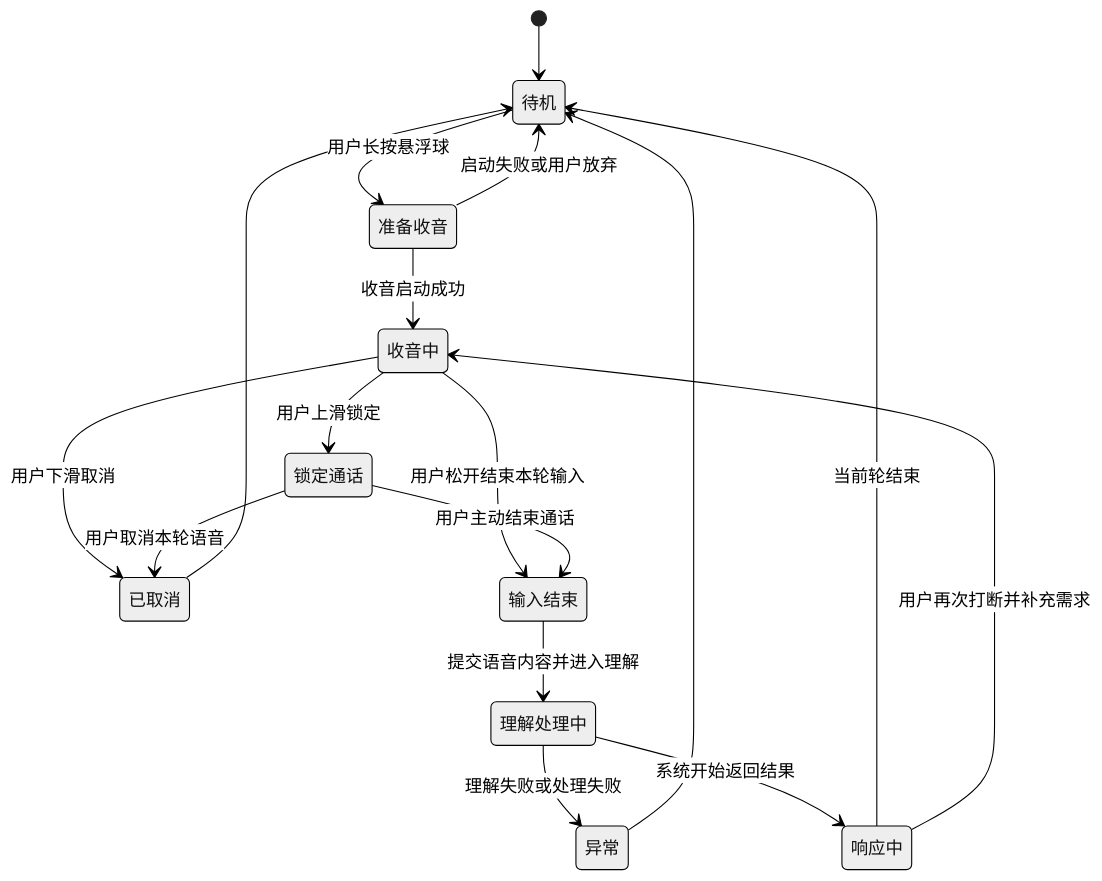
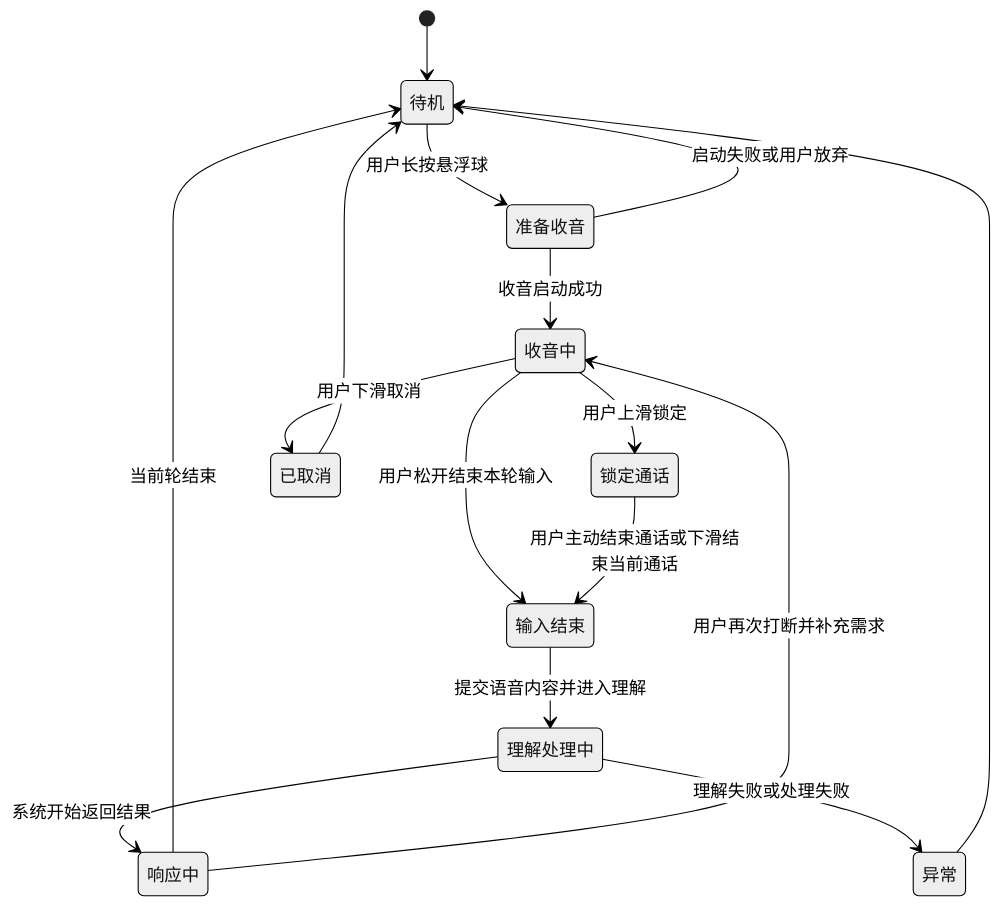
Diagram 30 of 32 in docs/module-design.md (1024XEngineer/CialloClaw), drawn with Mermaid (neutral theme) before and after one commit. The commit also changed other lines of this file and 41 other files, not shown here.

````diff
--- a/docs/module-design.md
+++ b/docs/module-design.md
@@ -2473,25 +2487,24 @@
 ```mermaid
 stateDiagram-v2
     [*] --> 待机
 
     待机 --> 准备收音: 用户长按悬浮球
     准备收音 --> 收音中: 收音启动成功
     准备收音 --> 待机: 启动失败或用户放弃
 
     收音中 --> 锁定通话: 用户上滑锁定
     收音中 --> 已取消: 用户下滑取消
     收音中 --> 输入结束: 用户松开结束本轮输入
 
-    锁定通话 --> 输入结束: 用户主动结束通话
-    锁定通话 --> 已取消: 用户取消本轮语音
+    锁定通话 --> 输入结束: 用户主动结束通话或下滑结束当前通话
 
     输入结束 --> 理解处理中: 提交语音内容并进入理解
     理解处理中 --> 响应中: 系统开始返回结果
     理解处理中 --> 异常: 理解失败或处理失败
 
     响应中 --> 待机: 当前轮结束
     响应中 --> 收音中: 用户再次打断并补充需求
 
     已取消 --> 待机
     异常 --> 待机
 ```
````
